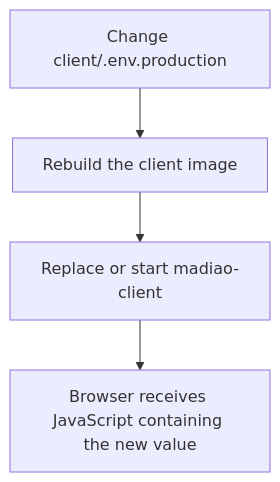
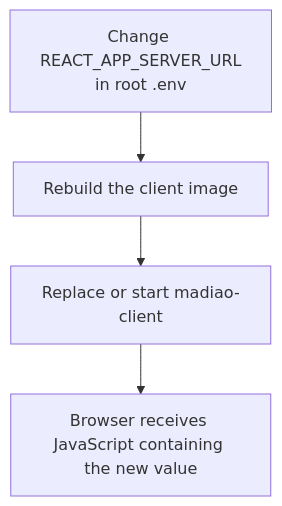
The second of 2 diagrams in docs/technical/environment-configuration.md (Gearsik/madiao), drawn with Mermaid before and after one commit. The commit also changed other lines of this file and 16 other files, not shown here.

````diff
--- a/docs/technical/environment-configuration.md
+++ b/docs/technical/environment-configuration.md
@@ -170,9 +212,9 @@
 ```mermaid
 flowchart TD
-    Change["Change client/.env.production"]
+    Change["Change REACT_APP_SERVER_URL<br/>in root .env"]
     Build["Rebuild the client image"]
     Replace["Replace or start madiao-client"]
     Browser["Browser receives JavaScript containing the new value"]
 
     Change --> Build --> Replace --> Browser
 ```
````
